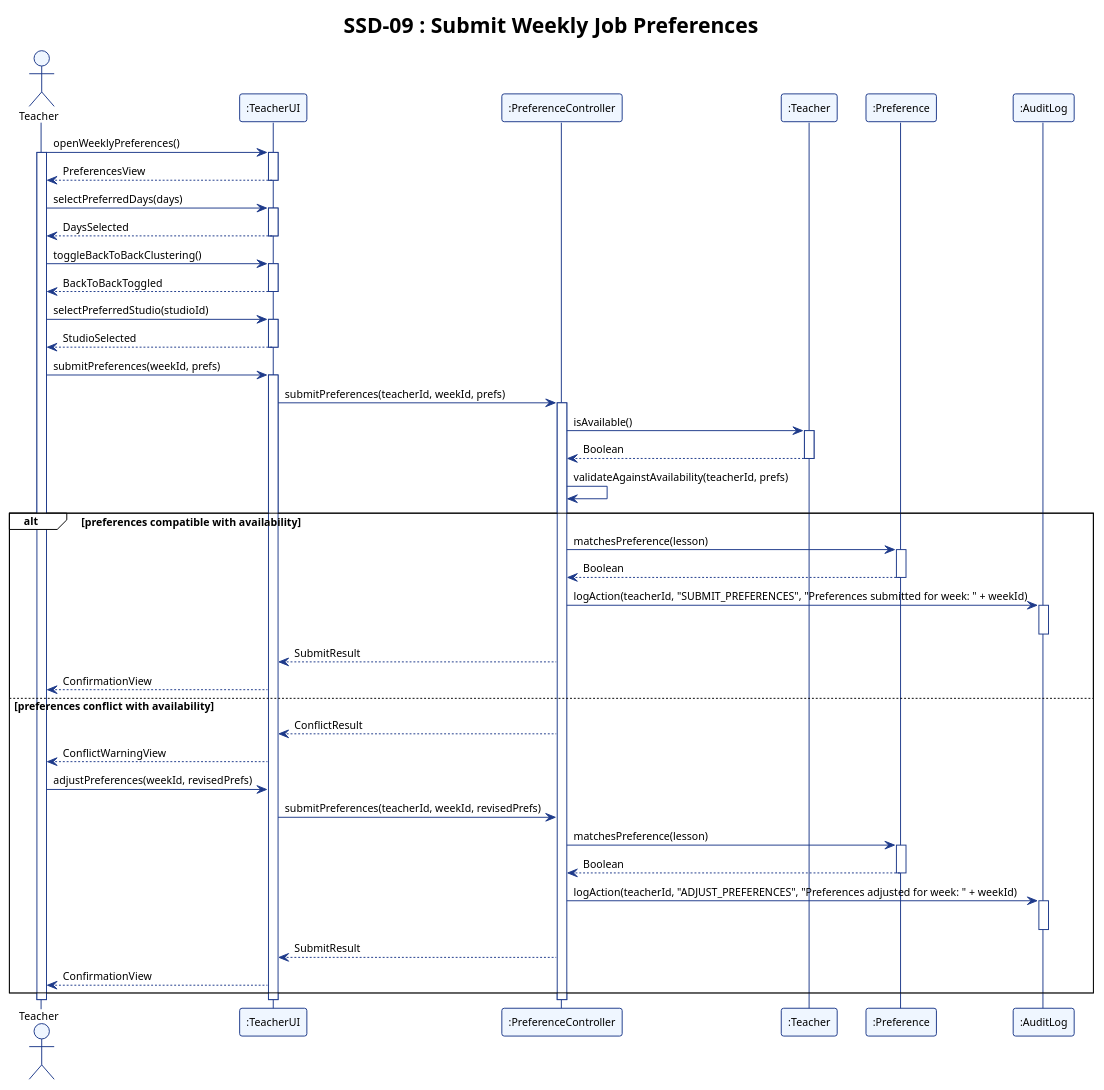
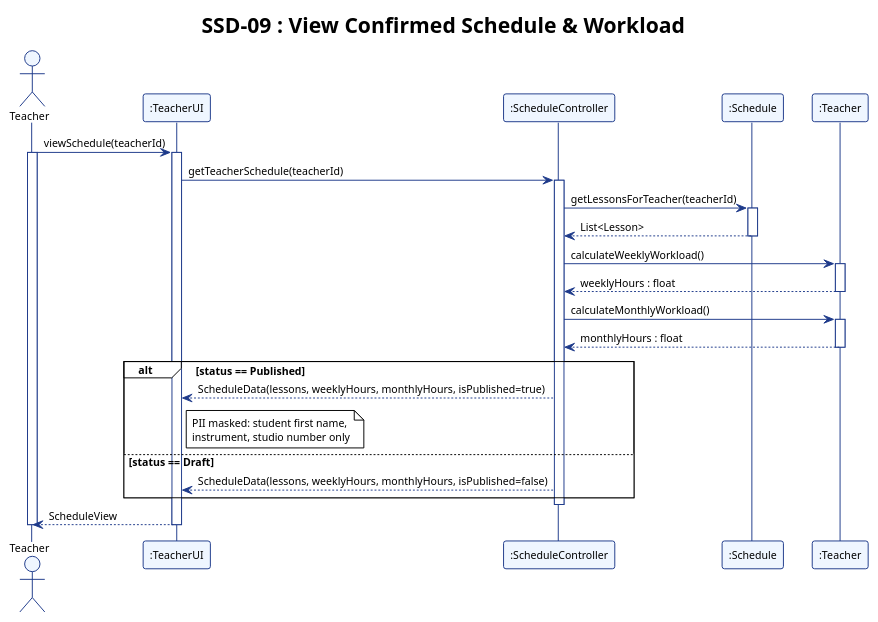
The diagram in report/assets/ssd_09.puml (adoreblvnk/2001temp), drawn with PlantUML before and after one commit. The commit also changed 27 other files, not shown here.

```diff
--- a/report/assets/ssd_09.puml
+++ b/report/assets/ssd_09.puml
@@ -1,86 +1,61 @@
 @startuml ssd_09
 !theme plain
 skinparam shadowing false
 skinparam defaultFontName "Helvetica", "Arial", sans-serif
 skinparam defaultFontSize 11
 skinparam sequence {
     ParticipantBorderColor #1E3A8A
     ParticipantBackgroundColor #EFF6FF
     LifeLineBorderColor #1E3A8A
     LifeLineBackgroundColor #FFFFFF
     ArrowColor #1E3A8A
     ActorBorderColor #1E3A8A
     ActorBackgroundColor #EFF6FF
 }
 
-title SSD-09 : Submit Weekly Job Preferences
+title SSD-09 : View Confirmed Schedule & Workload
 
 actor Teacher
 participant ":TeacherUI" as TeacherUI
-participant ":PreferenceController" as PreferenceController
+participant ":ScheduleController" as ScheduleController
+participant ":Schedule" as Schedule
 participant ":Teacher" as TeacherEntity
-participant ":Preference" as PreferenceEntity
-participant ":AuditLog" as AuditLog
 
-Teacher -> TeacherUI : openWeeklyPreferences()
+Teacher -> TeacherUI : viewSchedule(teacherId)
 activate Teacher
 activate TeacherUI
-TeacherUI --> Teacher : PreferencesView
-deactivate TeacherUI
 
-Teacher -> TeacherUI : selectPreferredDays(days)
-activate TeacherUI
-TeacherUI --> Teacher : DaysSelected
-deactivate TeacherUI
+TeacherUI -> ScheduleController : getTeacherSchedule(teacherId)
+activate ScheduleController
 
-Teacher -> TeacherUI : toggleBackToBackClustering()
-activate TeacherUI
-TeacherUI --> Teacher : BackToBackToggled
-deactivate TeacherUI
+ScheduleController -> Schedule : getLessonsForTeacher(teacherId)
+activate Schedule
+Schedule --> ScheduleController : List<Lesson>
+deactivate Schedule
 
-Teacher -> TeacherUI : selectPreferredStudio(studioId)
-activate TeacherUI
-TeacherUI --> Teacher : StudioSelected
-deactivate TeacherUI
+ScheduleController -> TeacherEntity : calculateWeeklyWorkload()
+activate TeacherEntity
+TeacherEntity --> ScheduleController : weeklyHours : float
+deactivate TeacherEntity
 
-Teacher -> TeacherUI : submitPreferences(weekId, prefs)
-activate TeacherUI
-TeacherUI -> PreferenceController : submitPreferences(teacherId, weekId, prefs)
-activate PreferenceController
-PreferenceController -> TeacherEntity : isAvailable()
+ScheduleController -> TeacherEntity : calculateMonthlyWorkload()
 activate TeacherEntity
-TeacherEntity --> PreferenceController : Boolean
+TeacherEntity --> ScheduleController : monthlyHours : float
 deactivate TeacherEntity
-PreferenceController -> PreferenceController : validateAgainstAvailability(teacherId, prefs)
 
-alt preferences compatible with availability
-    PreferenceController -> PreferenceEntity : matchesPreference(lesson)
-    activate PreferenceEntity
-    PreferenceEntity --> PreferenceController : Boolean
-    deactivate PreferenceEntity
-    PreferenceController -> AuditLog : logAction(teacherId, "SUBMIT_PREFERENCES", "Preferences submitted for week: " + weekId)
-    activate AuditLog
-    deactivate AuditLog
-    PreferenceController --> TeacherUI : SubmitResult
-    TeacherUI --> Teacher : ConfirmationView
-else preferences conflict with availability
-    PreferenceController --> TeacherUI : ConflictResult
-    TeacherUI --> Teacher : ConflictWarningView
-
-    Teacher -> TeacherUI : adjustPreferences(weekId, revisedPrefs)
-    TeacherUI -> PreferenceController : submitPreferences(teacherId, weekId, revisedPrefs)
-    PreferenceController -> PreferenceEntity : matchesPreference(lesson)
-    activate PreferenceEntity
-    PreferenceEntity --> PreferenceController : Boolean
-    deactivate PreferenceEntity
-    PreferenceController -> AuditLog : logAction(teacherId, "ADJUST_PREFERENCES", "Preferences adjusted for week: " + weekId)
-    activate AuditLog
-    deactivate AuditLog
-    PreferenceController --> TeacherUI : SubmitResult
-    TeacherUI --> Teacher : ConfirmationView
+alt status == Published
+    ScheduleController --> TeacherUI : ScheduleData(lessons, weeklyHours, monthlyHours, isPublished=true)
+    note right of TeacherUI
+      PII masked: student first name,
+      instrument, studio number only
+    end note
+else status == Draft
+    ScheduleController --> TeacherUI : ScheduleData(lessons, weeklyHours, monthlyHours, isPublished=false)
 end
 
-deactivate PreferenceController
+deactivate ScheduleController
+TeacherUI --> Teacher : ScheduleView
 deactivate TeacherUI
 deactivate Teacher
+
 @enduml
```
